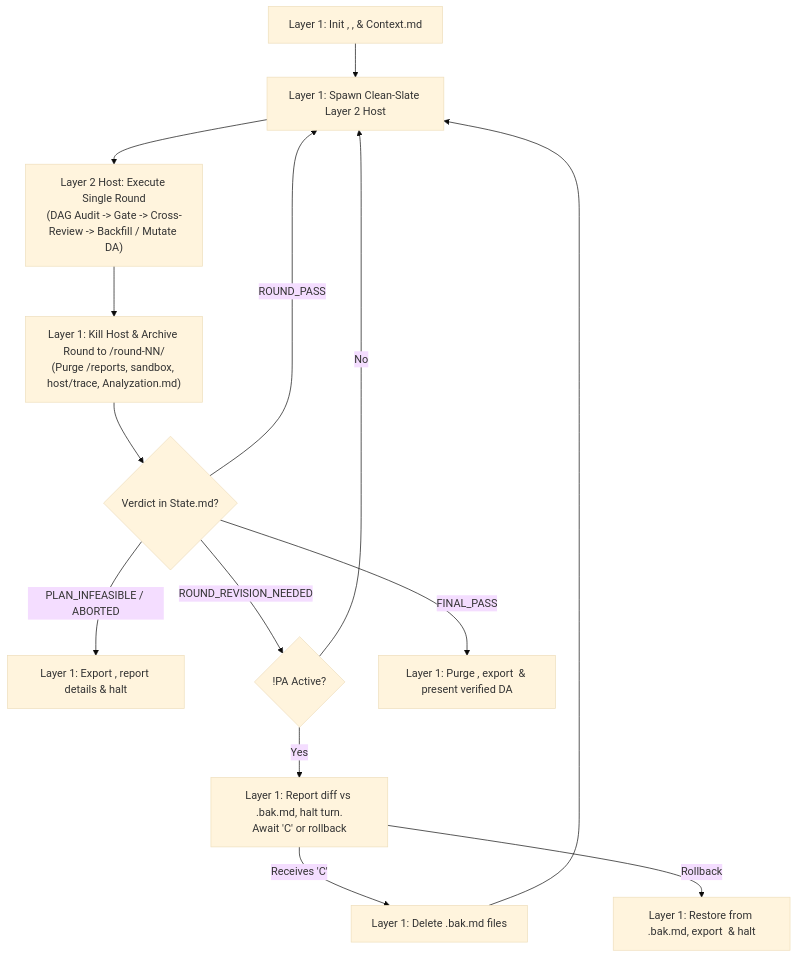
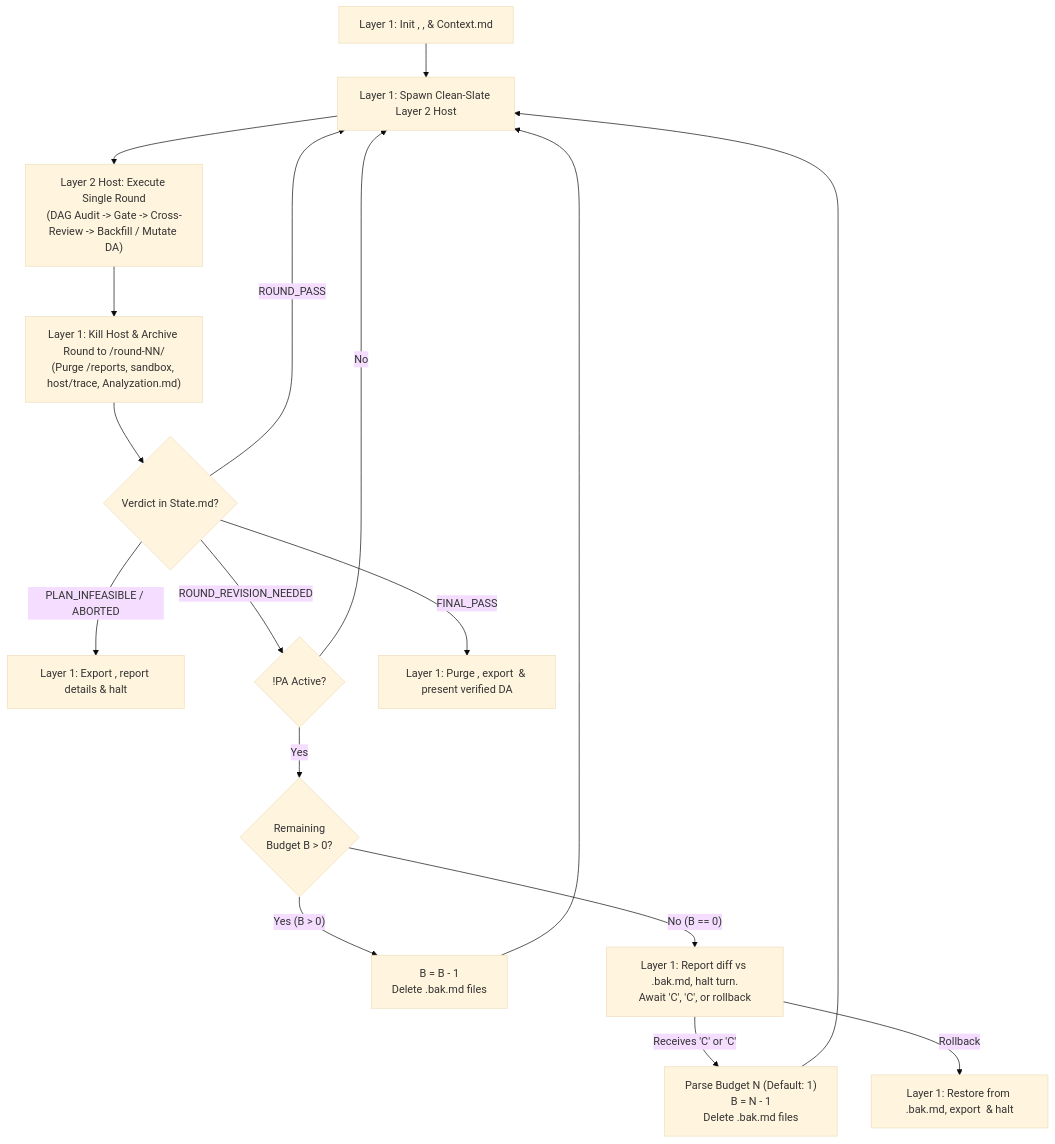
One commit to loerei/myskills changed the diagram in productivity/conduct-deep-reviewing-loop-with-cross-review/SKILL.md. Above: the diagram before and after it, drawn with Mermaid (base theme). The commit also changed other lines of this file, not shown here.

Commit message:
feat(productivity): support multi-round continuous budget <N>C and !PA<N> in conduct-deep-reviewing-loop-with-cross-review

````diff
--- a/productivity/conduct-deep-reviewing-loop-with-cross-review/SKILL.md
+++ b/productivity/conduct-deep-reviewing-loop-with-cross-review/SKILL.md
@@ -20,15 +20,17 @@
 ```mermaid
 flowchart TD
     Init["Layer 1: Init <review_dir>, <trace_vault>, & Context.md"] --> SpawnHost["Layer 1: Spawn Clean-Slate Layer 2 Host"]
     SpawnHost --> HostExec["Layer 2 Host: Execute Single Round<br/>(DAG Audit -> Gate -> Cross-Review -> Backfill / Mutate DA)"]
     HostExec --> Archive["Layer 1: Kill Host & Archive Round to <trace_vault>/round-NN/<br/>(Purge <review_dir>/reports, sandbox, host/trace, Analyzation.md)"]
     Archive --> Eval{"Verdict in State.md?"}
     Eval -->|"PLAN_INFEASIBLE / ABORTED"| ExportHalt["Layer 1: Export <trace_vault>, report details & halt"]
     Eval -->|"ROUND_REVISION_NEEDED"| CheckPA{"!PA Active?"}
-    CheckPA -->|"Yes"| PAPause["Layer 1: Report diff vs .bak.md, halt turn.<br/>Await 'C' or rollback"]
-    PAPause -->|"Receives 'C'"| CleanBak["Layer 1: Delete .bak.md files"] --> SpawnHost
+    CheckPA -->|"Yes"| CheckBudget{"Remaining<br/>Budget B > 0?"}
+    CheckBudget -->|"Yes (B > 0)"| DecrBudget["B = B - 1<br/>Delete .bak.md files"] --> SpawnHost
+    CheckBudget -->|"No (B == 0)"| PAPause["Layer 1: Report diff vs .bak.md, halt turn.<br/>Await 'C', '<N>C', or rollback"]
+    PAPause -->|"Receives 'C' or '<N>C'"| SetBudget["Parse Budget N (Default: 1)<br/>B = N - 1<br/>Delete .bak.md files"] --> SpawnHost
     PAPause -->|"Rollback"| RevertHalt["Layer 1: Restore from .bak.md, export <trace_vault> & halt"]
     CheckPA -->|"No"| SpawnHost
     Eval -->|"ROUND_PASS"| SpawnHost
     Eval -->|"FINAL_PASS"| Finalize["Layer 1: Purge <review_dir>, export <trace_vault> & present verified DA"]
 ```
````
